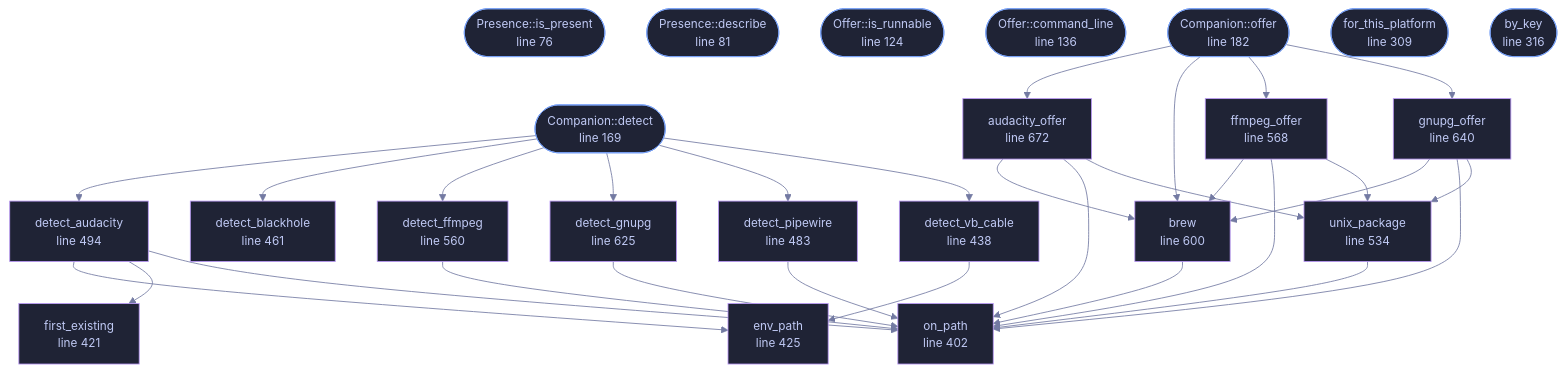
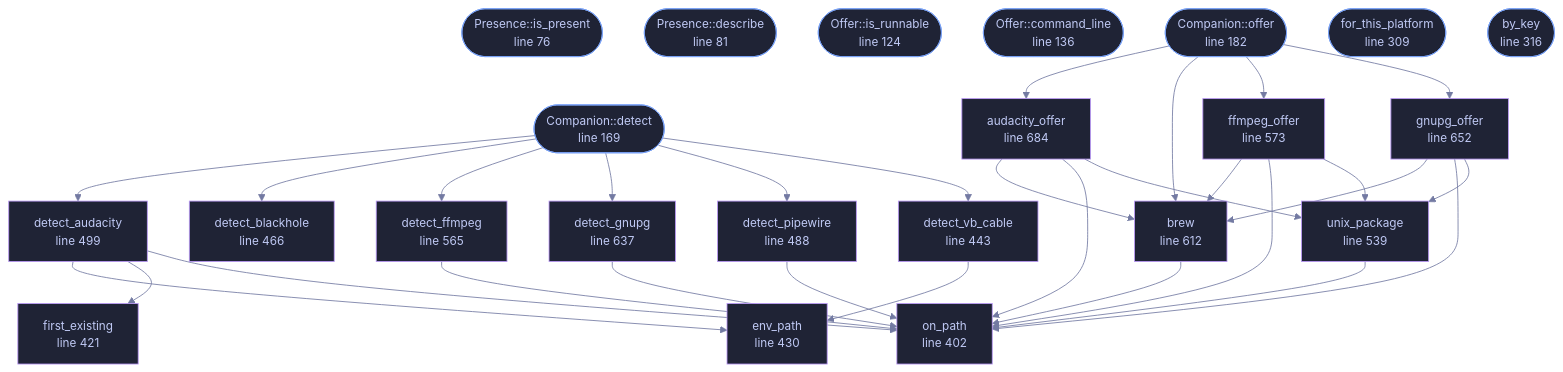
Before and after one commit to tilas01/veilvoice: the diagram in docs/files/veilvoice-setup/companions.md, drawn with Mermaid. The commit also changed other lines of this file and 85 other files, not shown here.

````diff
--- a/docs/files/veilvoice-setup/companions.md
+++ b/docs/files/veilvoice-setup/companions.md
@@ -123,80 +123,80 @@
 ```mermaid
 %%{init: {"theme":"base","themeVariables":{"background":"#1a1b26","primaryColor":"#1f2335","primaryTextColor":"#c0caf5","primaryBorderColor":"#7aa2f7","secondaryColor":"#16161e","tertiaryColor":"#16161e","lineColor":"#737aa2","textColor":"#c0caf5","mainBkg":"#1f2335","nodeBorder":"#7aa2f7","clusterBkg":"#16161e","clusterBorder":"#2f3549","fontFamily":"ui-monospace, SFMono-Regular, Consolas, monospace","fontSize":"14px"}}}%%
 flowchart TD
     n_is_present(["Presence::is_present<br/>line 76"])
     n_describe(["Presence::describe<br/>line 81"])
     n_is_runnable(["Offer::is_runnable<br/>line 124"])
     n_command_line(["Offer::command_line<br/>line 136"])
     n_detect(["Companion::detect<br/>line 169"])
     n_offer(["Companion::offer<br/>line 182"])
     n_for_this_platform(["for_this_platform<br/>line 309"])
     n_by_key(["by_key<br/>line 316"])
     n_on_path["on_path<br/>line 402"]
     n_first_existing["first_existing<br/>line 421"]
-    n_env_path["env_path<br/>line 425"]
-    n_detect_vb_cable["detect_vb_cable<br/>line 438"]
-    n_detect_blackhole["detect_blackhole<br/>line 461"]
-    n_detect_pipewire["detect_pipewire<br/>line 483"]
-    n_detect_audacity["detect_audacity<br/>line 494"]
-    n_unix_package["unix_package<br/>line 534"]
-    n_detect_ffmpeg["detect_ffmpeg<br/>line 560"]
-    n_ffmpeg_offer["ffmpeg_offer<br/>line 568"]
-    n_brew["brew<br/>line 600"]
-    n_detect_gnupg["detect_gnupg<br/>line 625"]
-    n_gnupg_offer["gnupg_offer<br/>line 640"]
-    n_audacity_offer["audacity_offer<br/>line 672"]
+    n_env_path["env_path<br/>line 430"]
+    n_detect_vb_cable["detect_vb_cable<br/>line 443"]
+    n_detect_blackhole["detect_blackhole<br/>line 466"]
+    n_detect_pipewire["detect_pipewire<br/>line 488"]
+    n_detect_audacity["detect_audacity<br/>line 499"]
+    n_unix_package["unix_package<br/>line 539"]
+    n_detect_ffmpeg["detect_ffmpeg<br/>line 565"]
+    n_ffmpeg_offer["ffmpeg_offer<br/>line 573"]
+    n_brew["brew<br/>line 612"]
+    n_detect_gnupg["detect_gnupg<br/>line 637"]
+    n_gnupg_offer["gnupg_offer<br/>line 652"]
+    n_audacity_offer["audacity_offer<br/>line 684"]
     n_audacity_offer --> n_brew
     n_audacity_offer --> n_on_path
     n_audacity_offer --> n_unix_package
     n_brew --> n_on_path
     n_detect --> n_detect_audacity
     n_detect --> n_detect_blackhole
     n_detect --> n_detect_ffmpeg
     n_detect --> n_detect_gnupg
     n_detect --> n_detect_pipewire
     n_detect --> n_detect_vb_cable
     n_detect_audacity --> n_env_path
     n_detect_audacity --> n_first_existing
     n_detect_audacity --> n_on_path
     n_detect_ffmpeg --> n_on_path
     n_detect_gnupg --> n_on_path
     n_detect_pipewire --> n_on_path
     n_detect_vb_cable --> n_env_path
     n_ffmpeg_offer --> n_brew
     n_ffmpeg_offer --> n_on_path
     n_ffmpeg_offer --> n_unix_package
     n_gnupg_offer --> n_brew
     n_gnupg_offer --> n_on_path
     n_gnupg_offer --> n_unix_package
     n_offer --> n_audacity_offer
     n_offer --> n_brew
     n_offer --> n_ffmpeg_offer
     n_offer --> n_gnupg_offer
     n_unix_package --> n_on_path
     click n_is_present href "https://github.com/tilas01/veilvoice/blob/main/crates/veilvoice-setup/src/companions.rs#L76" "open the source"
     click n_describe href "https://github.com/tilas01/veilvoice/blob/main/crates/veilvoice-setup/src/companions.rs#L81" "open the source"
     click n_is_runnable href "https://github.com/tilas01/veilvoice/blob/main/crates/veilvoice-setup/src/companions.rs#L124" "open the source"
     click n_command_line href "https://github.com/tilas01/veilvoice/blob/main/crates/veilvoice-setup/src/companions.rs#L136" "open the source"
     click n_detect href "https://github.com/tilas01/veilvoice/blob/main/crates/veilvoice-setup/src/companions.rs#L169" "open the source"
     click n_offer href "https://github.com/tilas01/veilvoice/blob/main/crates/veilvoice-setup/src/companions.rs#L182" "open the source"
     click n_for_this_platform href "https://github.com/tilas01/veilvoice/blob/main/crates/veilvoice-setup/src/companions.rs#L309" "open the source"
     click n_by_key href "https://github.com/tilas01/veilvoice/blob/main/crates/veilvoice-setup/src/companions.rs#L316" "open the source"
     click n_on_path href "https://github.com/tilas01/veilvoice/blob/main/crates/veilvoice-setup/src/companions.rs#L402" "open the source"
     click n_first_existing href "https://github.com/tilas01/veilvoice/blob/main/crates/veilvoice-setup/src/companions.rs#L421" "open the source"
-    click n_env_path href "https://github.com/tilas01/veilvoice/blob/main/crates/veilvoice-setup/src/companions.rs#L425" "open the source"
-    click n_detect_vb_cable href "https://github.com/tilas01/veilvoice/blob/main/crates/veilvoice-setup/src/companions.rs#L438" "open the source"
-    click n_detect_blackhole href "https://github.com/tilas01/veilvoice/blob/main/crates/veilvoice-setup/src/companions.rs#L461" "open the source"
-    click n_detect_pipewire href "https://github.com/tilas01/veilvoice/blob/main/crates/veilvoice-setup/src/companions.rs#L483" "open the source"
-    click n_detect_audacity href "https://github.com/tilas01/veilvoice/blob/main/crates/veilvoice-setup/src/companions.rs#L494" "open the source"
-    click n_unix_package href "https://github.com/tilas01/veilvoice/blob/main/crates/veilvoice-setup/src/companions.rs#L534" "open the source"
-    click n_detect_ffmpeg href "https://github.com/tilas01/veilvoice/blob/main/crates/veilvoice-setup/src/companions.rs#L560" "open the source"
-    click n_ffmpeg_offer href "https://github.com/tilas01/veilvoice/blob/main/crates/veilvoice-setup/src/companions.rs#L568" "open the source"
-    click n_brew href "https://github.com/tilas01/veilvoice/blob/main/crates/veilvoice-setup/src/companions.rs#L600" "open the source"
-    click n_detect_gnupg href "https://github.com/tilas01/veilvoice/blob/main/crates/veilvoice-setup/src/companions.rs#L625" "open the source"
-    click n_gnupg_offer href "https://github.com/tilas01/veilvoice/blob/main/crates/veilvoice-setup/src/companions.rs#L640" "open the source"
-    click n_audacity_offer href "https://github.com/tilas01/veilvoice/blob/main/crates/veilvoice-setup/src/companions.rs#L672" "open the source"
+    click n_env_path href "https://github.com/tilas01/veilvoice/blob/main/crates/veilvoice-setup/src/companions.rs#L430" "open the source"
+    click n_detect_vb_cable href "https://github.com/tilas01/veilvoice/blob/main/crates/veilvoice-setup/src/companions.rs#L443" "open the source"
+    click n_detect_blackhole href "https://github.com/tilas01/veilvoice/blob/main/crates/veilvoice-setup/src/companions.rs#L466" "open the source"
+    click n_detect_pipewire href "https://github.com/tilas01/veilvoice/blob/main/crates/veilvoice-setup/src/companions.rs#L488" "open the source"
+    click n_detect_audacity href "https://github.com/tilas01/veilvoice/blob/main/crates/veilvoice-setup/src/companions.rs#L499" "open the source"
+    click n_unix_package href "https://github.com/tilas01/veilvoice/blob/main/crates/veilvoice-setup/src/companions.rs#L539" "open the source"
+    click n_detect_ffmpeg href "https://github.com/tilas01/veilvoice/blob/main/crates/veilvoice-setup/src/companions.rs#L565" "open the source"
+    click n_ffmpeg_offer href "https://github.com/tilas01/veilvoice/blob/main/crates/veilvoice-setup/src/companions.rs#L573" "open the source"
+    click n_brew href "https://github.com/tilas01/veilvoice/blob/main/crates/veilvoice-setup/src/companions.rs#L612" "open the source"
+    click n_detect_gnupg href "https://github.com/tilas01/veilvoice/blob/main/crates/veilvoice-setup/src/companions.rs#L637" "open the source"
+    click n_gnupg_offer href "https://github.com/tilas01/veilvoice/blob/main/crates/veilvoice-setup/src/companions.rs#L652" "open the source"
+    click n_audacity_offer href "https://github.com/tilas01/veilvoice/blob/main/crates/veilvoice-setup/src/companions.rs#L684" "open the source"
     classDef entry fill:#1f2335,stroke:#7aa2f7,color:#c0caf5
     class n_is_present,n_describe,n_is_runnable,n_command_line,n_detect,n_offer,n_for_this_platform,n_by_key entry
     classDef helper fill:#1f2335,stroke:#bb9af7,color:#c0caf5
     class n_on_path,n_first_existing,n_env_path,n_detect_vb_cable,n_detect_blackhole,n_detect_pipewire,n_detect_audacity,n_unix_package,n_detect_ffmpeg,n_ffmpeg_offer,n_brew,n_detect_gnupg,n_gnupg_offer,n_audacity_offer helper
 ```
````
